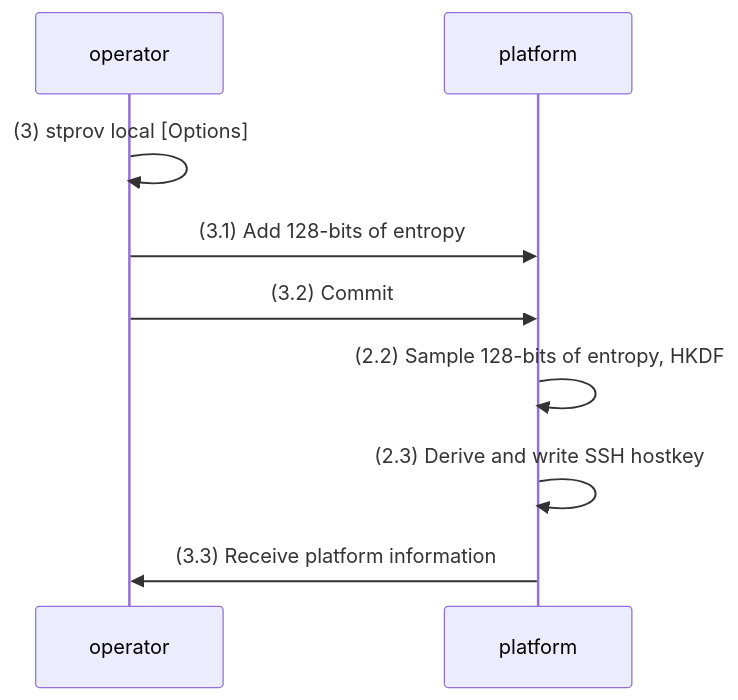
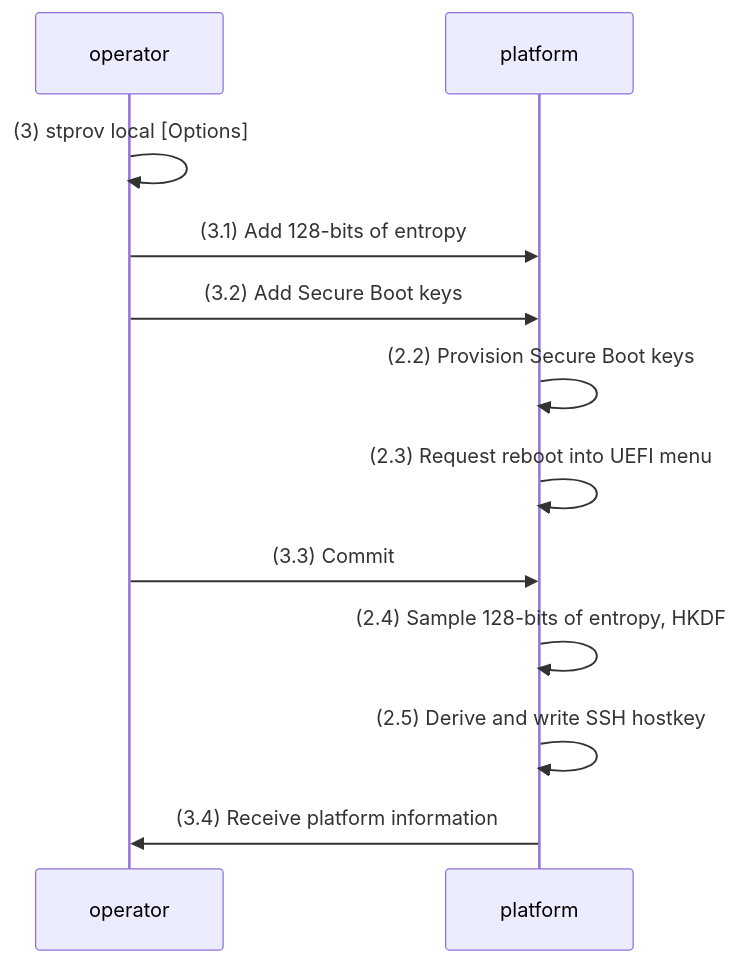
Before and after one commit to system-transparency/stprov: the fourth of 5 diagrams in docs/stprov-system.md, drawn with Mermaid. The commit also changed other lines of this file, not shown here.

Commit message:
docs: Incorporate Secure Boot into system docs

````diff
--- a/docs/stprov-system.md
+++ b/docs/stprov-system.md
@@ -136,15 +164,18 @@
 ```mermaid
 sequenceDiagram
 
 participant operator
 participant platform
 
 operator->>operator: (3) stprov local [Options]
 operator->>platform: (3.1) Add 128-bits of entropy
-operator->>platform: (3.2) Commit
+operator->>platform: (3.2) Add Secure Boot keys
+platform->>platform: (2.2) Provision Secure Boot keys
+platform->>platform: (2.3) Request reboot into UEFI menu
+operator->>platform: (3.3) Commit
 
-platform->>platform: (2.2) Sample 128-bits of entropy, HKDF
-platform->>platform: (2.3) Derive and write SSH hostkey
+platform->>platform: (2.4) Sample 128-bits of entropy, HKDF
+platform->>platform: (2.5) Derive and write SSH hostkey
 
-platform->>operator: (3.3) Receive platform information
+platform->>operator: (3.4) Receive platform information
 ```
````
